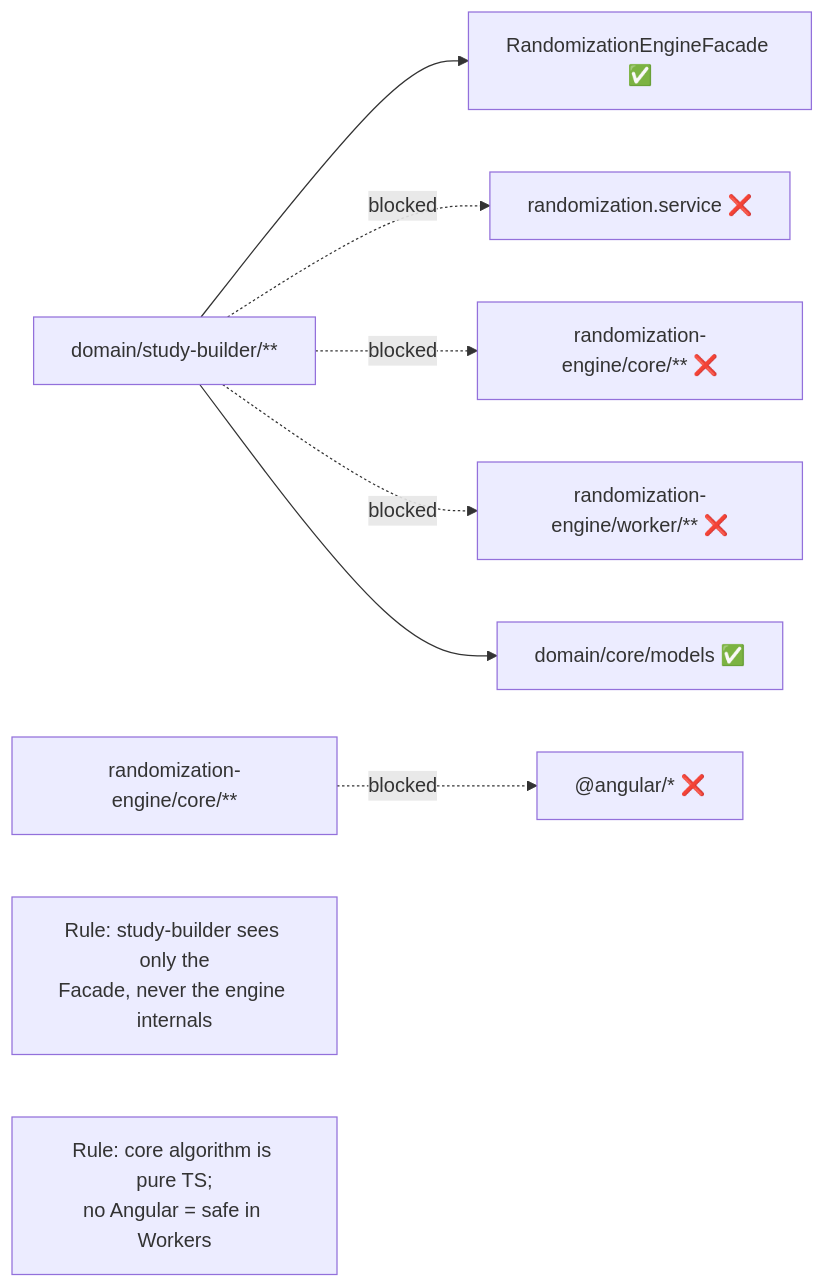
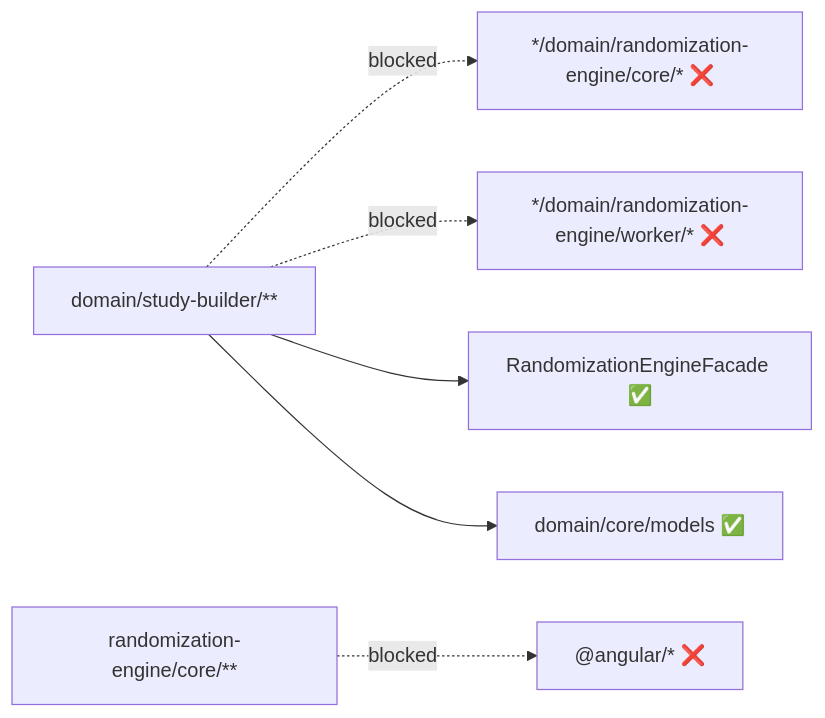
Diagram 16 of 18 in docs/ARCHITECTURE.md (fderuiter/Equipose), drawn with Mermaid before and after one commit. The commit also changed other lines of this file and 3 other files, not shown here.

Commit message:
docs: automate architecture and data model sync

````diff
--- a/docs/ARCHITECTURE.md
+++ b/docs/ARCHITECTURE.md
@@ -1152,22 +1126,16 @@
 ```mermaid
 graph LR
     SB["domain/study-builder/**"]
     RE_FACADE["RandomizationEngineFacade ✅"]
-    RE_SVC["randomization.service ❌"]
-    RE_CORE["randomization-engine/core/** ❌"]
-    RE_WORKER["randomization-engine/worker/** ❌"]
     RE_MODELS["domain/core/models ✅"]
+    TARGET_0["*/domain/randomization-engine/core/* ❌"]
+    SB -. blocked .-> TARGET_0
+    TARGET_1["*/domain/randomization-engine/worker/* ❌"]
+    SB -. blocked .-> TARGET_1
+    ALGO_FILE["randomization-engine/core/**"]
+    TARGET_2["@angular/* ❌"]
+    ALGO_FILE -. blocked .-> TARGET_2
 
     SB --> RE_FACADE
-    SB -. blocked .-> RE_SVC
-    SB -. blocked .-> RE_CORE
-    SB -. blocked .-> RE_WORKER
     SB --> RE_MODELS
-
-    ALGO_FILE["randomization-engine/core/**"]
-    ANGULAR["@angular/* ❌"]
-    ALGO_FILE -. blocked .-> ANGULAR
-
-    NOTE1["Rule: study-builder sees only the\nFacade, never the engine internals"]
-    NOTE2["Rule: core algorithm is pure TS;\nno Angular = safe in Workers"]
 ```
````
